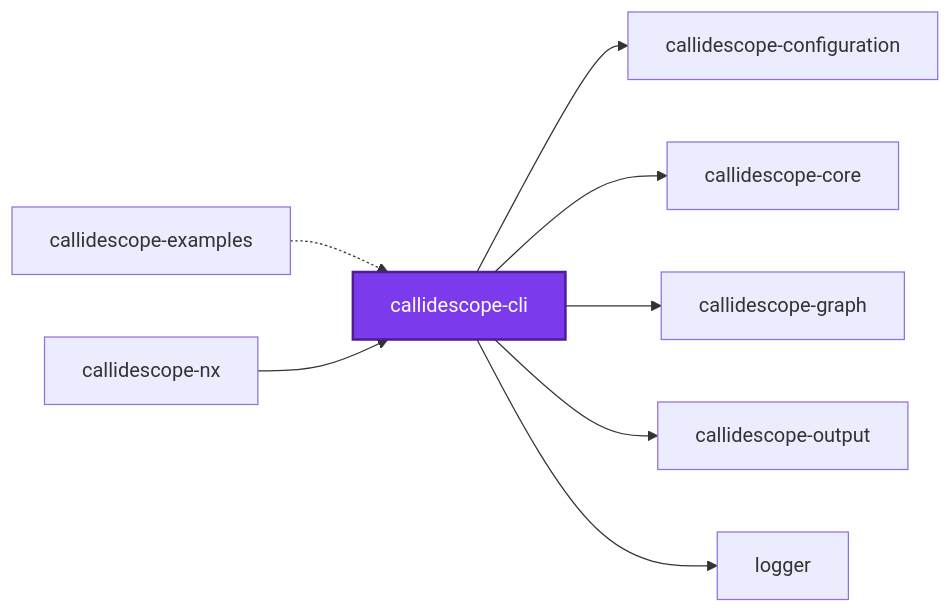
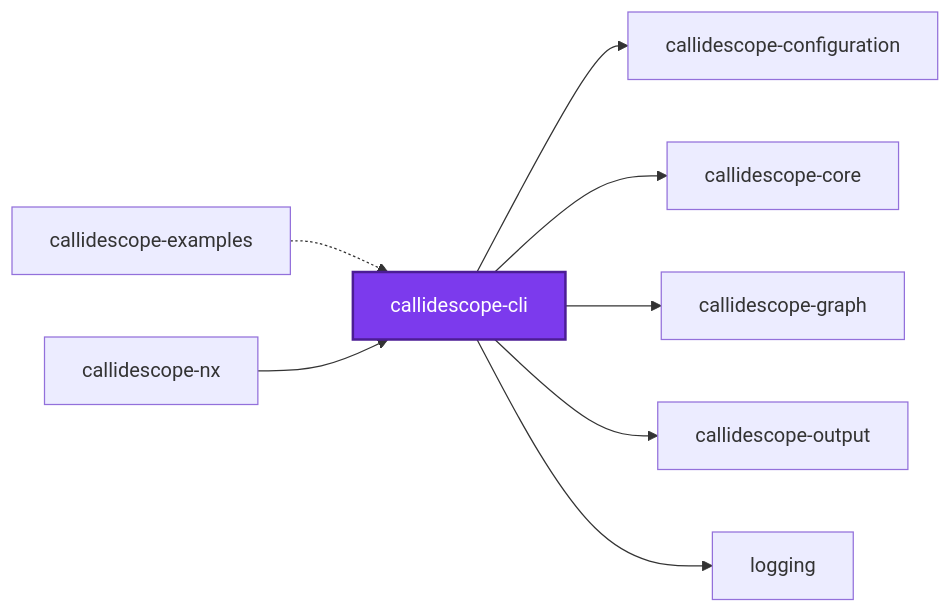
One commit to Organizzolini/codebase changed the first of 3 diagrams in packages/ic-suite/callidescope/callidescope-cli/README.md. Above: the diagram before and after it, drawn with Mermaid. The commit also changed 555 other files, not shown here.

````diff
--- a/packages/ic-suite/callidescope/callidescope-cli/README.md
+++ b/packages/ic-suite/callidescope/callidescope-cli/README.md
@@ -1304,20 +1304,20 @@
 ```mermaid
 graph LR
   callidescope_cli["callidescope-cli"]
   callidescope_configuration["callidescope-configuration"]
   callidescope_core["callidescope-core"]
   callidescope_examples["callidescope-examples"]
   callidescope_graph["callidescope-graph"]
   callidescope_nx["callidescope-nx"]
   callidescope_output["callidescope-output"]
-  logger["logger"]
+  logging["logging"]
   callidescope_cli --> callidescope_configuration
   callidescope_cli --> callidescope_core
   callidescope_cli --> callidescope_graph
   callidescope_cli --> callidescope_output
-  callidescope_cli --> logger
+  callidescope_cli --> logging
   callidescope_examples -.-> callidescope_cli
   callidescope_nx --> callidescope_cli
   classDef subject fill:#7c3aed,color:#fff,stroke:#4c1d95,stroke-width:2px
   class callidescope_cli subject
 ```
````
